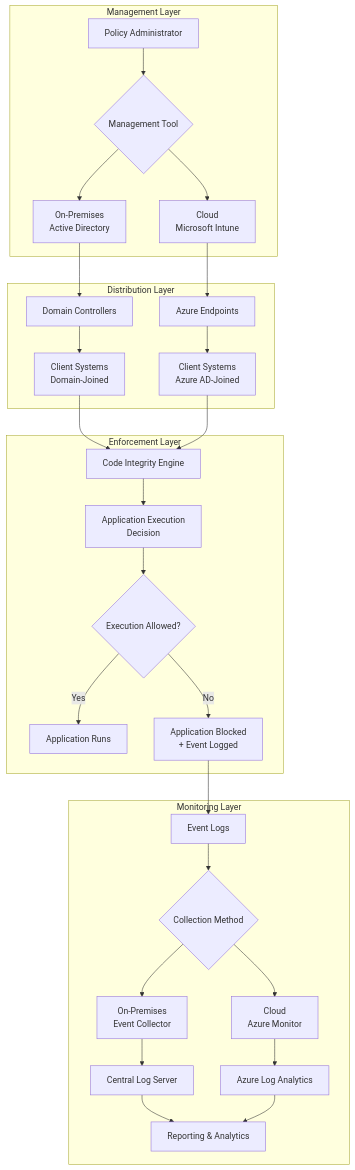
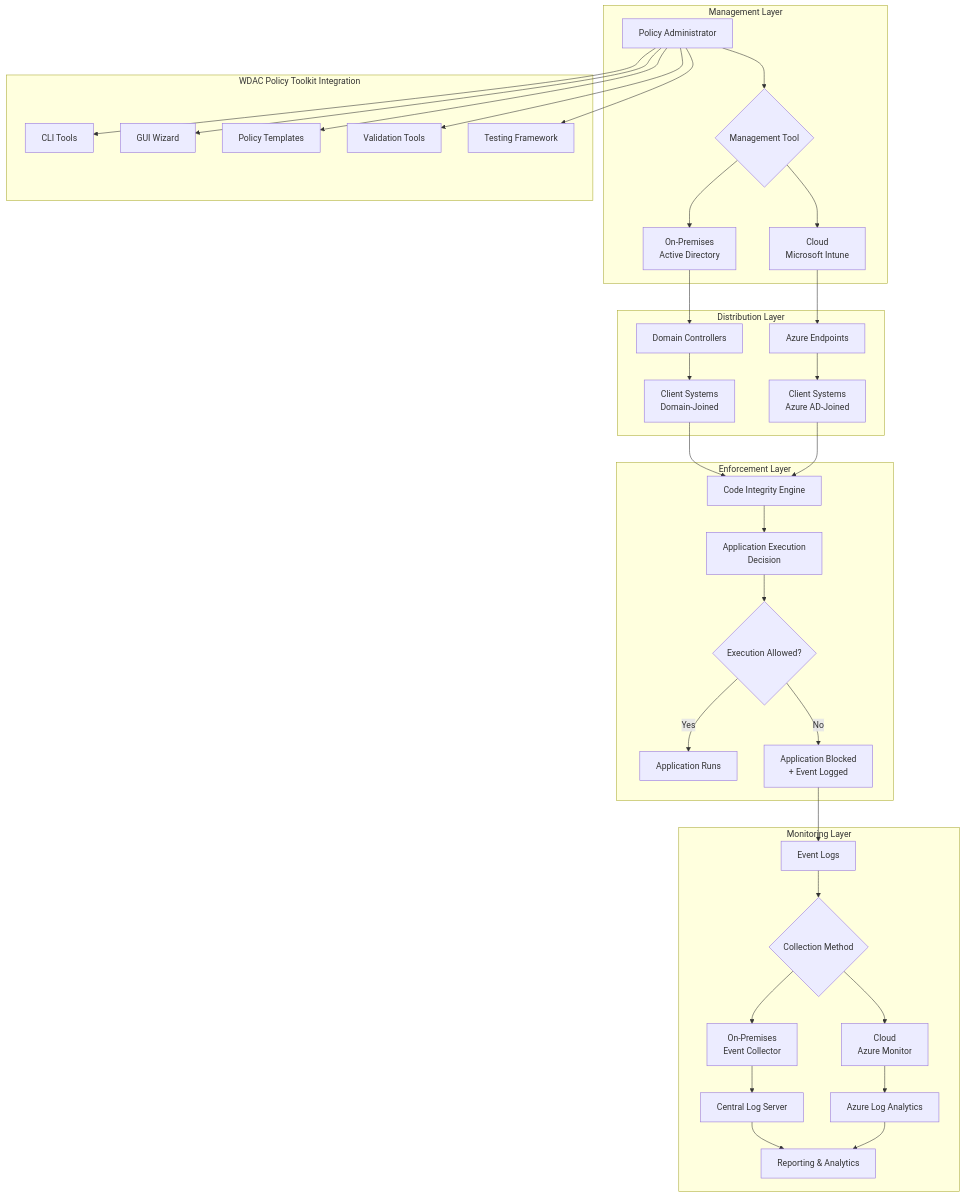
One commit to sakirm-icpl/WDAC-Enterprise-Security changed the third of 3 diagrams in architecture/AD_NonAD_Architecture.md. Above: the diagram before and after it, drawn with Mermaid. The commit also changed other lines of this file and 15 other files, not shown here.

````diff
--- a/architecture/AD_NonAD_Architecture.md
+++ b/architecture/AD_NonAD_Architecture.md
@@ -241,63 +271,77 @@
 ```mermaid
 graph TB
     A[Policy Administrator] --> B{Management Tool}
     B --> C[On-Premises<br/>Active Directory]
     B --> D[Cloud<br/>Microsoft Intune]
     
     C --> E[Domain Controllers]
     D --> F[Azure Endpoints]
     
     E --> G[Client Systems<br/>Domain-Joined]
     F --> H[Client Systems<br/>Azure AD-Joined]
     
     G --> I[Code Integrity Engine]
     H --> I
     
     I --> J[Application Execution<br/>Decision]
     J --> K{Execution Allowed?}
     K -->|Yes| L[Application Runs]
     K -->|No| M[Application Blocked<br/>+ Event Logged]
     M --> N[Event Logs]
     
     N --> O{Collection Method}
     O --> P[On-Premises<br/>Event Collector]
     O --> Q[Cloud<br/>Azure Monitor]
     
     P --> R[Central Log Server]
     Q --> S[Azure Log Analytics]
     
     R --> T[Reporting & Analytics]
     S --> T
     
     subgraph "Management Layer"
         A
         B
         C
         D
     end
     
     subgraph "Distribution Layer"
         E
         F
         G
         H
     end
     
     subgraph "Enforcement Layer"
         I
         J
         K
         L
         M
     end
     
     subgraph "Monitoring Layer"
         N
         O
         P
         Q
         R
         S
         T
     end
+    
+    subgraph "WDAC Policy Toolkit Integration"
+        U[CLI Tools]
+        V[GUI Wizard]
+        W[Policy Templates]
+        X[Validation Tools]
+        Y[Testing Framework]
+        
+        A --> U
+        A --> V
+        A --> W
+        A --> X
+        A --> Y
+    end
 ```
````
